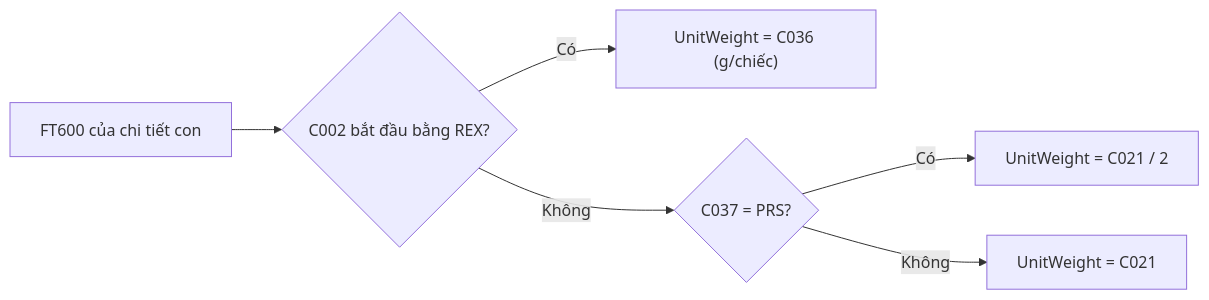
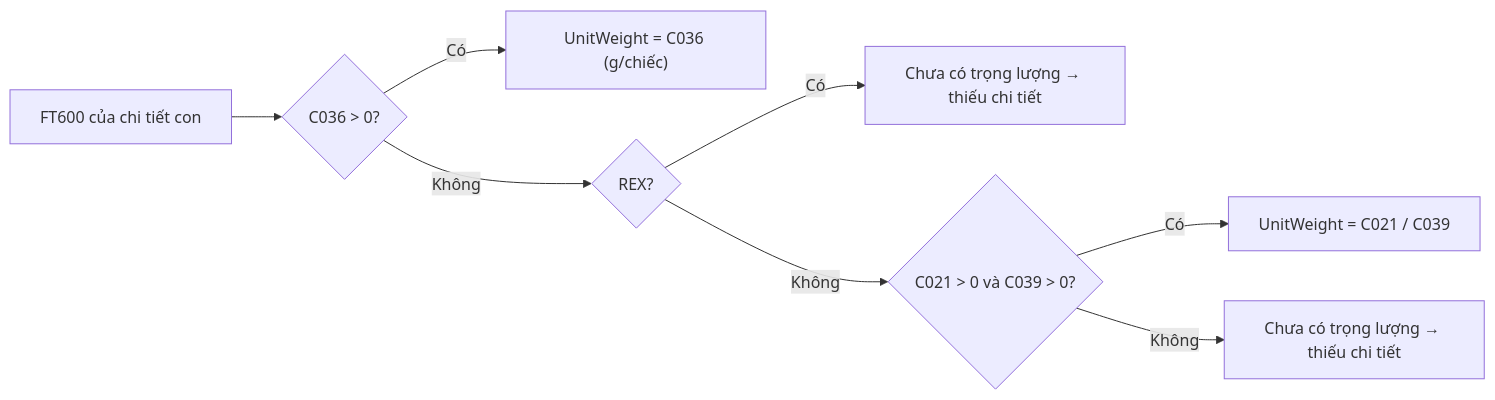
Before and after one commit to congnguyen-framas/20251220_SSSW: the fourth of 4 diagrams in SSSW/docs/tech/BUSINESS_LOGIC.md, drawn with Mermaid. The commit also changed other lines of this file and 9 other files, not shown here.

````diff
--- a/SSSW/docs/tech/BUSINESS_LOGIC.md
+++ b/SSSW/docs/tech/BUSINESS_LOGIC.md
@@ -182,8 +185,10 @@
 ```mermaid
 flowchart LR
-    W["FT600 của chi tiết con"] --> R{"C002 bắt đầu bằng REX?"}
-    R -- Có --> R1["UnitWeight = C036 (g/chiếc)"]
-    R -- Không --> P{"C037 = PRS?"}
-    P -- Có --> P1["UnitWeight = C021 / 2"]
-    P -- Không --> P2["UnitWeight = C021"]
+    W["FT600 của chi tiết con"] --> S{"C036 > 0?"}
+    S -- Có --> S1["UnitWeight = C036 (g/chiếc)"]
+    S -- Không --> R{"REX?"}
+    R -- Có --> R1["Chưa có trọng lượng → thiếu chi tiết"]
+    R -- Không --> P{"C021 > 0 và C039 > 0?"}
+    P -- Có --> P1["UnitWeight = C021 / C039"]
+    P -- Không --> P2["Chưa có trọng lượng → thiếu chi tiết"]
 ```
````
